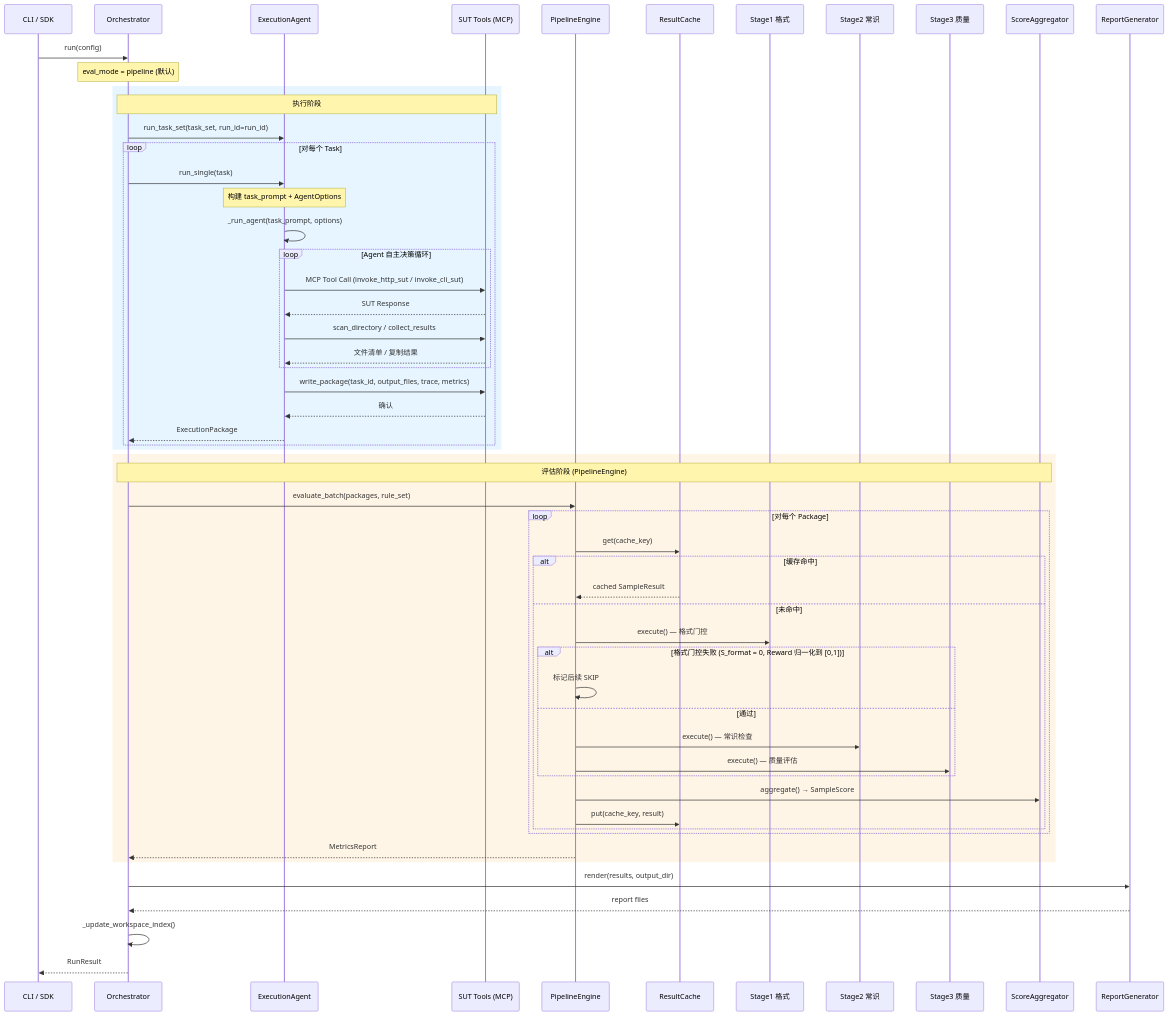
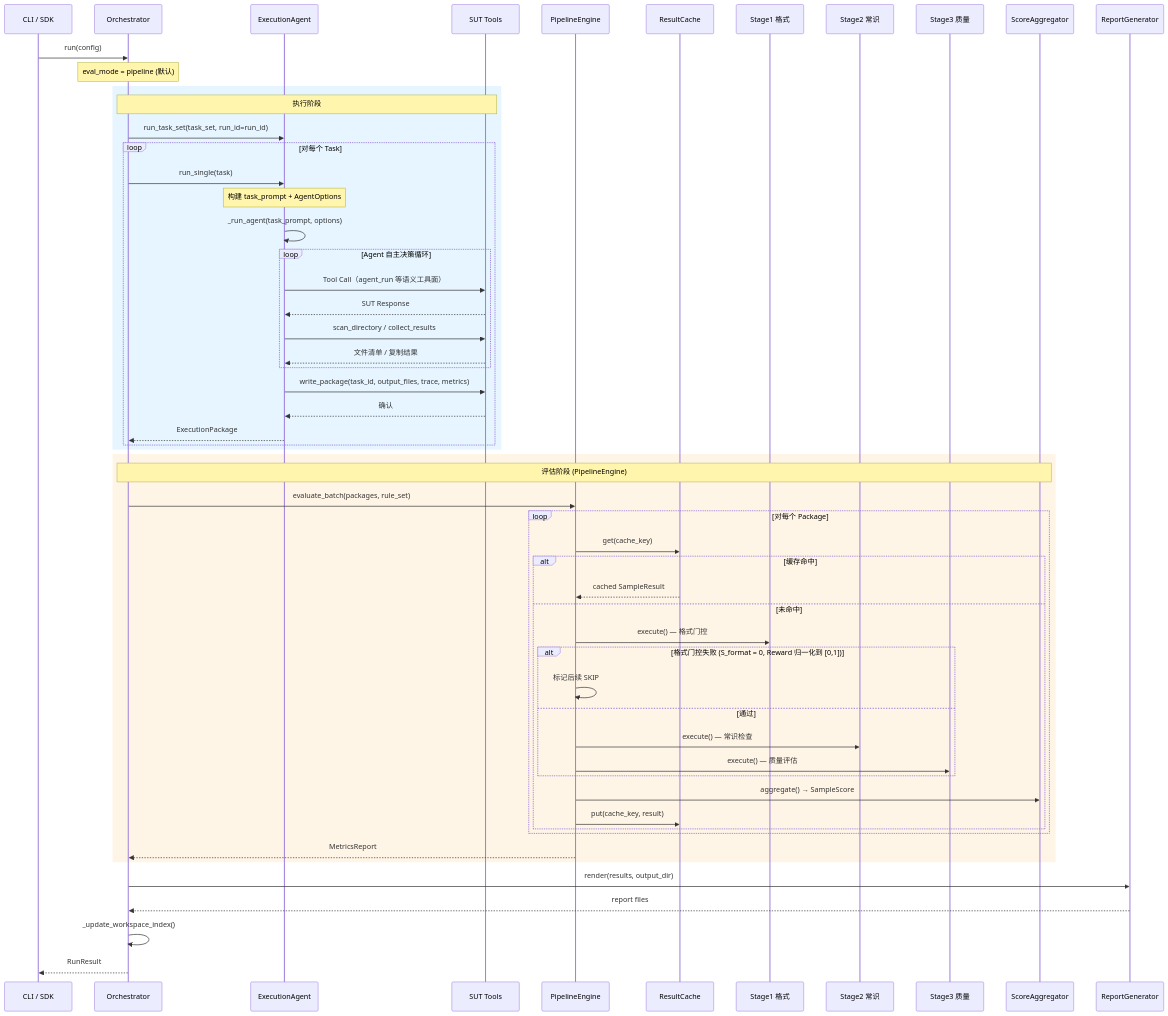
The diagram in docs/arch/02编排调度层设计.md (domonic18/ai-eval-scope), drawn with Mermaid before and after one commit. The commit also changed other lines of this file, not shown here.

First line of the commit message:
docs(arch02): 架构总览改框图，大段代码改机制描述

````diff
--- a/docs/arch/02编排调度层设计.md
+++ b/docs/arch/02编排调度层设计.md
@@ -794,69 +342,69 @@
 ```mermaid
 sequenceDiagram
     participant CLI as CLI / SDK
     participant ORC as Orchestrator
     participant EA as ExecutionAgent
-    participant SUT as SUT Tools (MCP)
+    participant SUT as SUT Tools
     participant PE as PipelineEngine
     participant Cache as ResultCache
     participant S1 as Stage1 格式
     participant S2 as Stage2 常识
     participant S3 as Stage3 质量
     participant SA as ScoreAggregator
     participant RG as ReportGenerator
 
     CLI->>ORC: run(config)
     Note over ORC: eval_mode = pipeline (默认)
 
     rect rgb(230, 245, 255)
         Note over ORC,SUT: 执行阶段
         ORC->>EA: run_task_set(task_set, run_id=run_id)
 
         loop 对每个 Task
             ORC->>EA: run_single(task)
             Note over EA: 构建 task_prompt + AgentOptions
             EA->>EA: _run_agent(task_prompt, options)
 
             loop Agent 自主决策循环
-                EA->>SUT: MCP Tool Call (invoke_http_sut / invoke_cli_sut)
+                EA->>SUT: Tool Call（agent_run 等语义工具面）
                 SUT-->>EA: SUT Response
                 EA->>SUT: scan_directory / collect_results
                 SUT-->>EA: 文件清单 / 复制结果
             end
 
             EA->>SUT: write_package(task_id, output_files, trace, metrics)
             SUT-->>EA: 确认
 
             EA-->>ORC: ExecutionPackage
         end
     end
 
     rect rgb(255, 245, 230)
         Note over ORC,SA: 评估阶段 (PipelineEngine)
         ORC->>PE: evaluate_batch(packages, rule_set)
 
         loop 对每个 Package
             PE->>Cache: get(cache_key)
             alt 缓存命中
                 Cache-->>PE: cached SampleResult
             else 未命中
                 PE->>S1: execute() — 格式门控
                 alt 格式门控失败 (S_format = 0, Reward 归一化到 [0,1])
                     PE->>PE: 标记后续 SKIP
                 else 通过
                     PE->>S2: execute() — 常识检查
                     PE->>S3: execute() — 质量评估
                 end
                 PE->>SA: aggregate() → SampleScore
                 PE->>Cache: put(cache_key, result)
             end
         end
 
         PE-->>ORC: MetricsReport
     end
 
     ORC->>RG: render(results, output_dir)
     RG-->>ORC: report files
     ORC->>ORC: _update_workspace_index()
     ORC-->>CLI: RunResult
 ```
````
